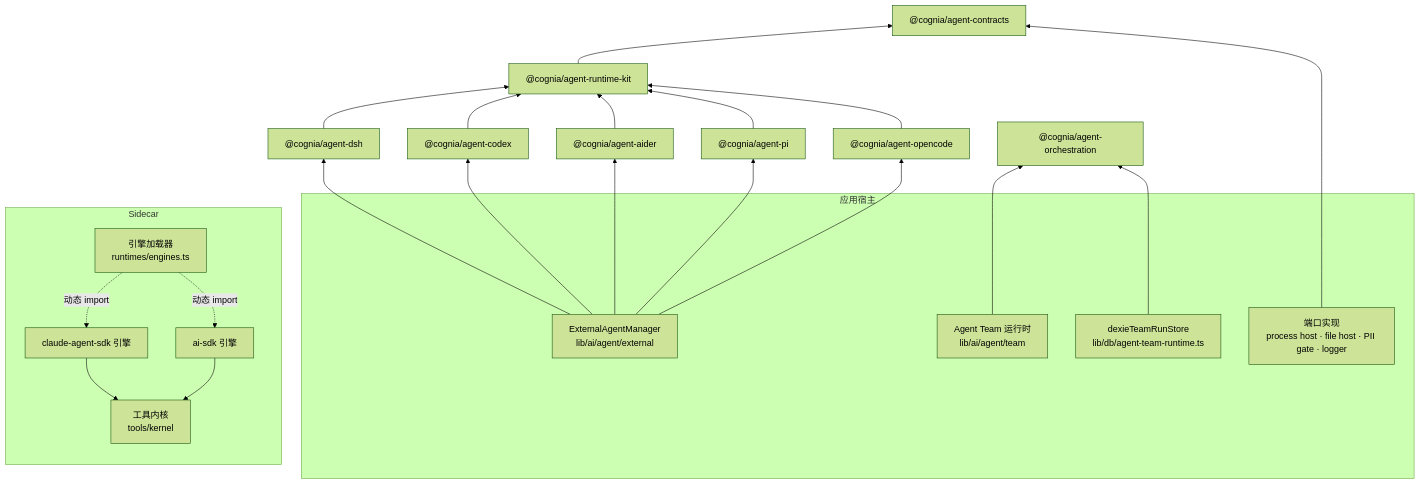
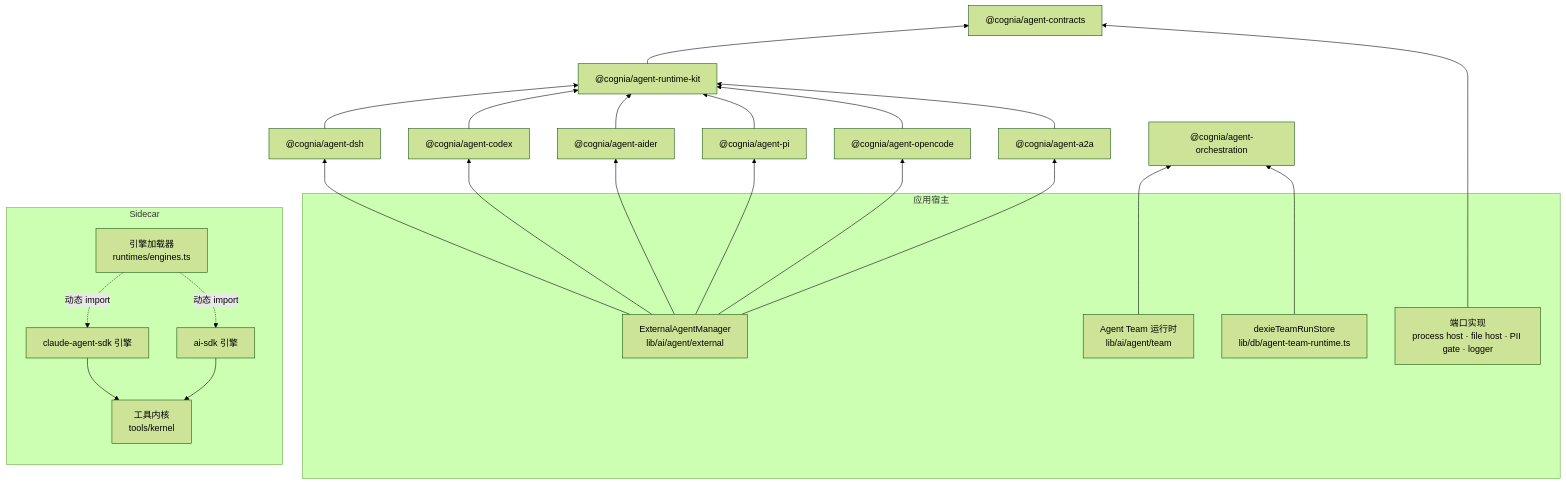
One commit to MaxQian888/cognia-next changed the diagram in docs/content/docs/zh/subsystems/agent-packages/index.mdx. Above: the diagram before and after it, drawn with Mermaid (forest theme). The commit also changed other lines of this file and 29 other files, not shown here.

First line of the commit message:
refactor(agent): move the A2A integration into @cognia/agent-a2a (ADR-0217)

````diff
--- a/docs/content/docs/zh/subsystems/agent-packages/index.mdx
+++ b/docs/content/docs/zh/subsystems/agent-packages/index.mdx
@@ -40,35 +40,37 @@
 ```mermaid
 flowchart BT
   contracts["@cognia/agent-contracts"]
   kit["@cognia/agent-runtime-kit"] --> contracts
   dsh["@cognia/agent-dsh"] --> kit
   codex["@cognia/agent-codex"] --> kit
   aider["@cognia/agent-aider"] --> kit
   pi["@cognia/agent-pi"] --> kit
   opencode["@cognia/agent-opencode"] --> kit
+  a2a["@cognia/agent-a2a"] --> kit
   orch["@cognia/agent-orchestration"]
   subgraph host["应用宿主"]
     manager["ExternalAgentManager<br/>lib/ai/agent/external"]
     ports["端口实现<br/>process host · file host · PII gate · logger"]
     team["Agent Team 运行时<br/>lib/ai/agent/team"]
     dexie["dexieTeamRunStore<br/>lib/db/agent-team-runtime.ts"]
   end
   subgraph sidecar["Sidecar"]
     engines["引擎加载器<br/>runtimes/engines.ts"]
     claude["claude-agent-sdk 引擎"]
     aisdk["ai-sdk 引擎"]
     kernel["工具内核<br/>tools/kernel"]
   end
   manager --> dsh
   manager --> codex
   manager --> aider
   manager --> pi
   manager --> opencode
+  manager --> a2a
   ports --> contracts
   team --> orch
   dexie --> orch
   engines -.动态 import.-> claude
   engines -.动态 import.-> aisdk
   claude --> kernel
   aisdk --> kernel
 ```
````
